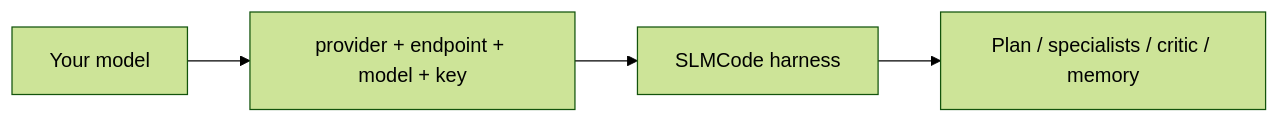
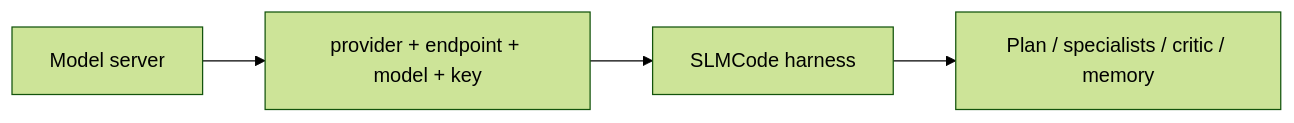
The diagram in docs/providers.md (UnicoLab/smlcode), drawn with Mermaid (forest theme) before and after one commit. The commit also changed other lines of this file and 21 other files, not shown here.

````diff
--- a/docs/providers.md
+++ b/docs/providers.md
@@ -12,6 +10,6 @@
 ```mermaid
 flowchart LR
-  M[Your model] --> P[provider + endpoint + model + key]
-  P --> H[SLMCode harness]
+  M[Model server] --> C[provider + endpoint + model + key]
+  C --> H[SLMCode harness]
   H --> Out[Plan / specialists / critic / memory]
 ```
````
